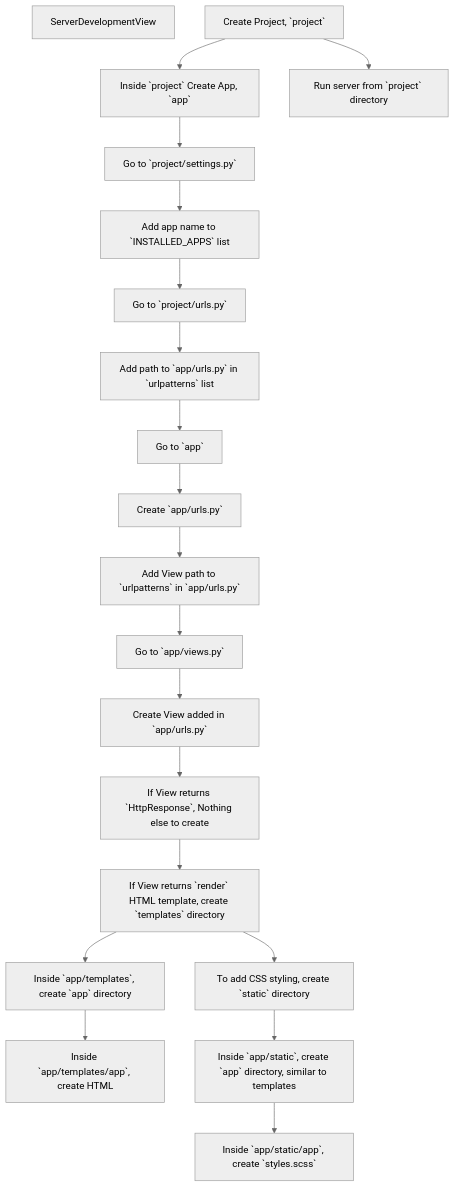
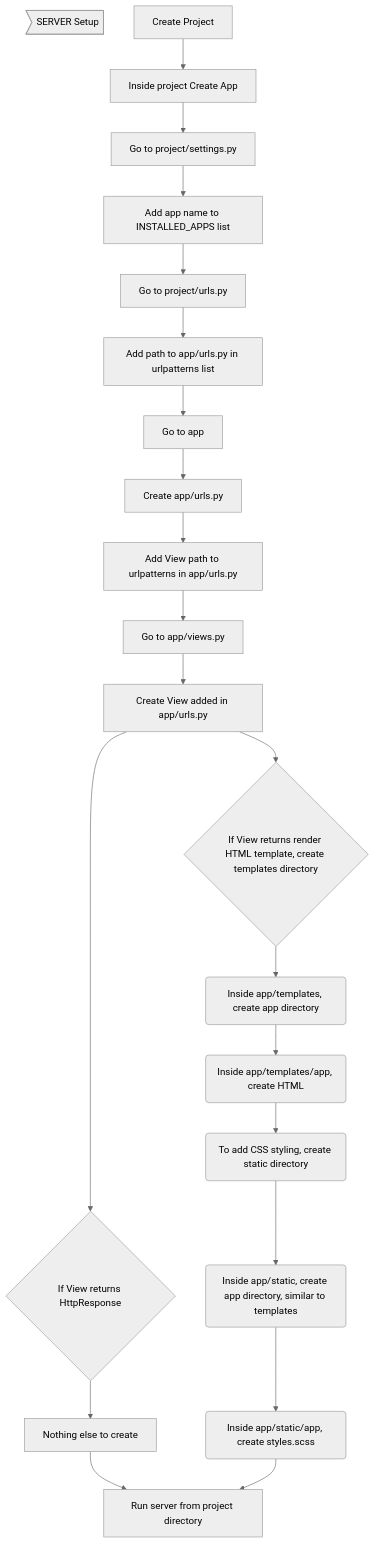
The first of 2 diagrams in django/README.md (prak112/cs50-webdev), drawn with Mermaid (neutral theme) before and after one commit. The commit also changed other lines of this file, not shown here.

Commit message:
docs: Update mermaid diagram and Add reference to Docs-Hub

`````diff
--- a/django/README.md
+++ b/django/README.md
@@ -54,44 +55,48 @@
 ```mermaid
 
 graph TB
-ServerDevelopmentView
+title>SERVER Setup]
 
-A[Create Project, `project`]
-B[Inside `project` Create App, `app`]
-C[Go to `project/settings.py`]
-D[Add app name to `INSTALLED_APPS` list]
-E[Go to `project/urls.py`]
-F[Add path to `app/urls.py` in `urlpatterns` list]
-G[Go to `app`]
-H[Create `app/urls.py`]
-I[Add View path to `urlpatterns` in `app/urls.py`]
-J[Go to `app/views.py`]
-K[Create View added in `app/urls.py`]
-L[If View returns `HttpResponse`, Nothing else to create]
-M[If View returns `render` HTML template, create `templates` directory]
-N[Inside `app/templates`, create `app` directory]
-O[Inside `app/templates/app`, create HTML]
-P[To add CSS styling, create `static` directory]
-Q[Inside `app/static`, create `app` directory, similar to templates]
-R[Inside `app/static/app`, create `styles.scss`]
-S[Run server from `project` directory]
+A[Create Project]
+B[Inside project Create App]
+C[Go to project/settings.py]
+D[Add app name to INSTALLED_APPS list]
+E[Go to project/urls.py]
+F[Add path to app/urls.py in urlpatterns list]
+G[Go to app]
+H[Create app/urls.py]
+I[Add View path to urlpatterns in app/urls.py]
+J[Go to app/views.py]
+K[Create View added in app/urls.py]
+L{If View returns HttpResponse}
+M[Nothing else to create]
+N{If View returns render HTML template, create templates directory}
+O(Inside app/templates, create app directory)
+P(Inside app/templates/app, create HTML)
+Q(To add CSS styling, create static directory)
+R(Inside app/static, create app directory, similar to templates)
+S(Inside app/static/app, create styles.scss)
+T[Run server from project directory]
 
 A --> B
 B --> C
 C --> D
 D --> E
 E --> F
 F --> G
 G --> H
 H --> I
 I --> J
 J --> K
 K --> L
 L --> M
-M --> N
+M-->T
+K --> N
 N --> O
-M --> P
+O --> P
 P --> Q
 Q --> R
-A --> S
-```
+R --> S
+S --> T
+
+````
`````
